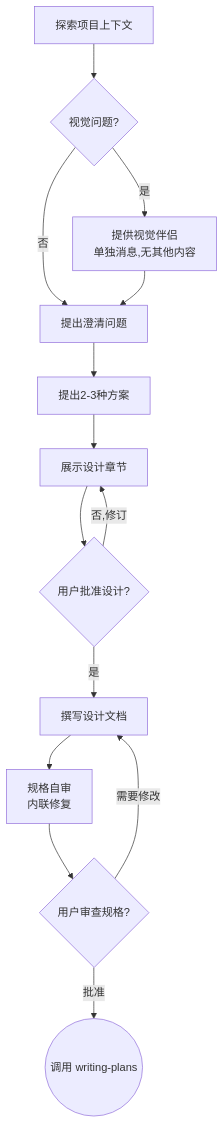
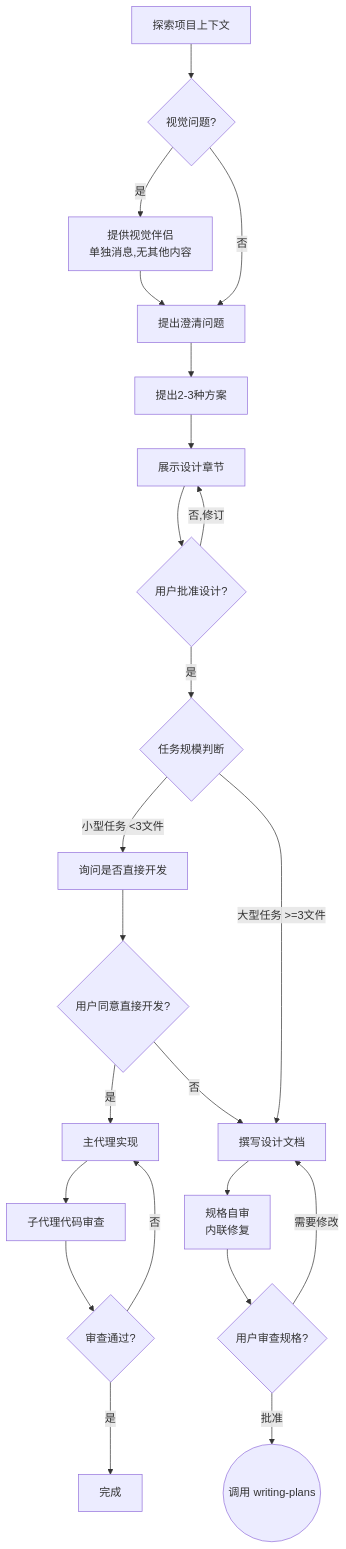
One commit to Chikage0o0/opencode changed the diagram in skills/brainstorming/SKILL.md. Above: the diagram before and after it, drawn with Mermaid. The commit also changed other lines of this file and 7 other files, not shown here.

````diff
--- a/skills/brainstorming/SKILL.md
+++ b/skills/brainstorming/SKILL.md
@@ -36,16 +37,25 @@
 ```mermaid
 flowchart TD
     A[探索项目上下文] --> B{视觉问题?}
     B -->|是| C[提供视觉伴侣\n单独消息,无其他内容]
     B -->|否| D[提出澄清问题]
     C --> D
     D --> E[提出2-3种方案]
     E --> F[展示设计章节]
     F --> G{用户批准设计?}
     G -->|否,修订| F
-    G -->|是| H[撰写设计文档]
-    H --> I[规格自审\n内联修复]
-    I --> J{用户审查规格?}
-    J -->|需要修改| H
-    J -->|批准| K((调用 writing-plans))
+    G -->|是| H{任务规模判断}
+    H -->|小型任务 <3文件| I[询问是否直接开发]
+    H -->|大型任务 >=3文件| J[撰写设计文档]
+    I --> K{用户同意直接开发?}
+    K -->|是| L[主代理实现]
+    K -->|否| J
+    J --> M[规格自审\n内联修复]
+    M --> N{用户审查规格?}
+    N -->|需要修改| J
+    N -->|批准| O((调用 writing-plans))
+    L --> P[子代理代码审查]
+    P --> Q{审查通过?}
+    Q -->|否| L
+    Q -->|是| R[完成]
 ```
````
